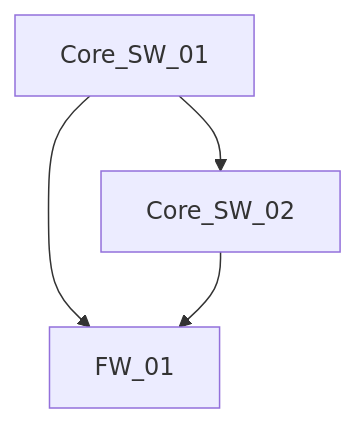
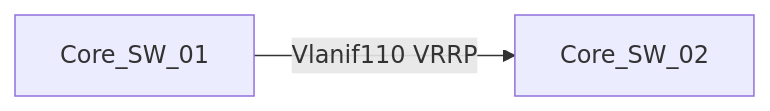
Before and after one commit to KG-khangelani/Telco-Troubleshooting-Agentic-Challenge-B: the diagram in outputs/topology_problem_2.md, drawn with Mermaid. The commit also changed 8 other files, not shown here.

Commit message:
feat: update topology diagrams and enhance network problem descriptions in markdown files

````diff
--- a/outputs/topology_problem_2.md
+++ b/outputs/topology_problem_2.md
@@ -1,6 +1,4 @@
 ```mermaid
-graph TD
-  Core_SW_01 --> Core_SW_02
-  Core_SW_01 --> FW_01
-  Core_SW_02 --> FW_01
+graph LR
+  Core_SW_01 -->|Vlanif110 VRRP| Core_SW_02
 ```
````
